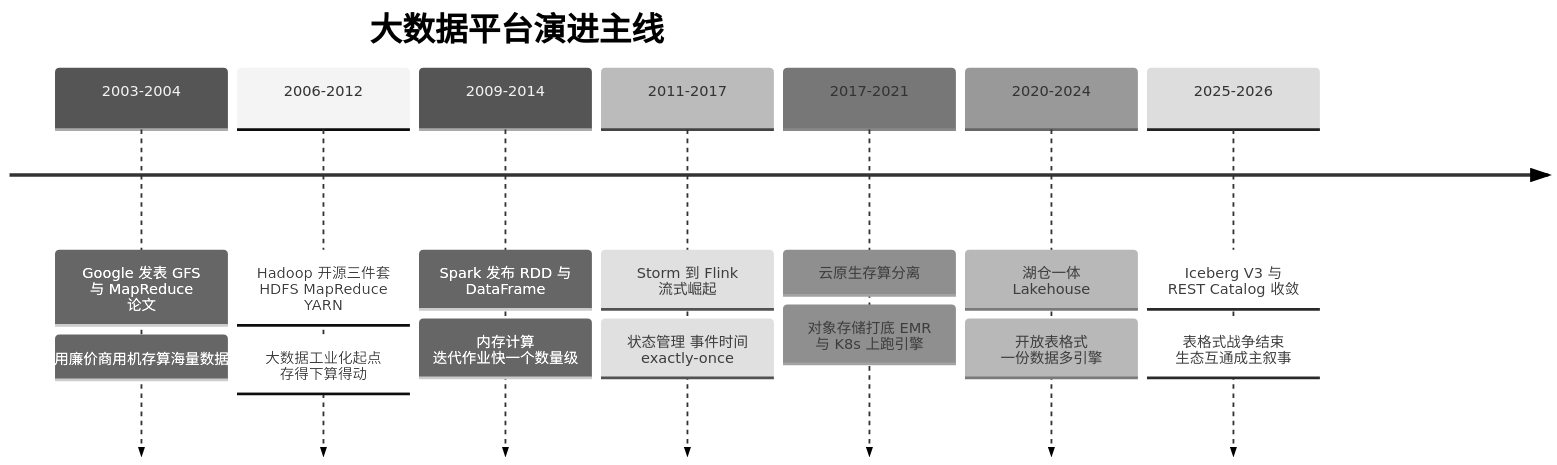
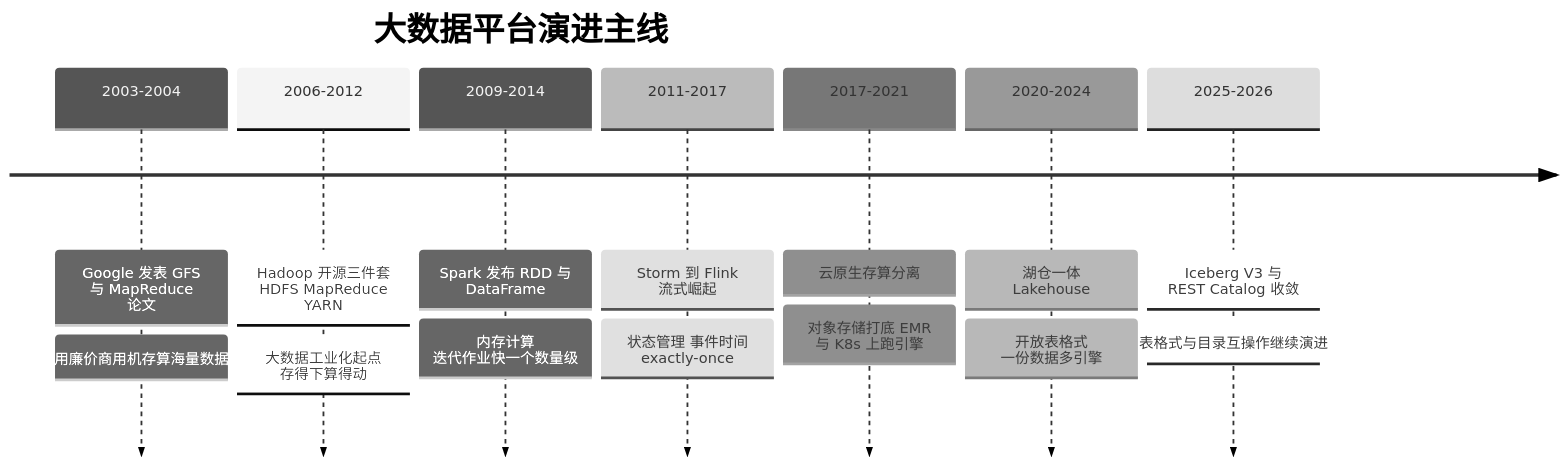
Before and after one commit to shuifans/cloud-ai-knowledge-base: the first of 5 diagrams in docs/cloud/data/bigdata.md, drawn with Mermaid (neutral theme). The commit also changed other lines of this file and 31 other files, not shown here.

````diff
--- a/docs/cloud/data/bigdata.md
+++ b/docs/cloud/data/bigdata.md
@@ -39,11 +41,11 @@
 ```mermaid
 timeline
     title 大数据平台演进主线
     2003-2004 : Google 发表 GFS 与 MapReduce 论文 : 用廉价商用机存算海量数据
     2006-2012 : Hadoop 开源三件套 HDFS MapReduce YARN : 大数据工业化起点 存得下算得动
     2009-2014 : Spark 发布 RDD 与 DataFrame : 内存计算 迭代作业快一个数量级
     2011-2017 : Storm 到 Flink 流式崛起 : 状态管理 事件时间 exactly-once
     2017-2021 : 云原生存算分离 : 对象存储打底 EMR 与 K8s 上跑引擎
     2020-2024 : 湖仓一体 Lakehouse : 开放表格式 一份数据多引擎
-    2025-2026 : Iceberg V3 与 REST Catalog 收敛 : 表格式战争结束 生态互通成主叙事
+    2025-2026 : Iceberg V3 与 REST Catalog 收敛 : 表格式与目录互操作继续演进
 ```
````
